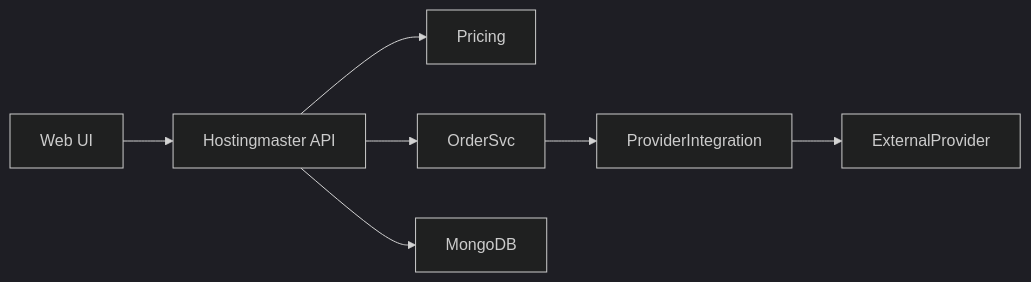
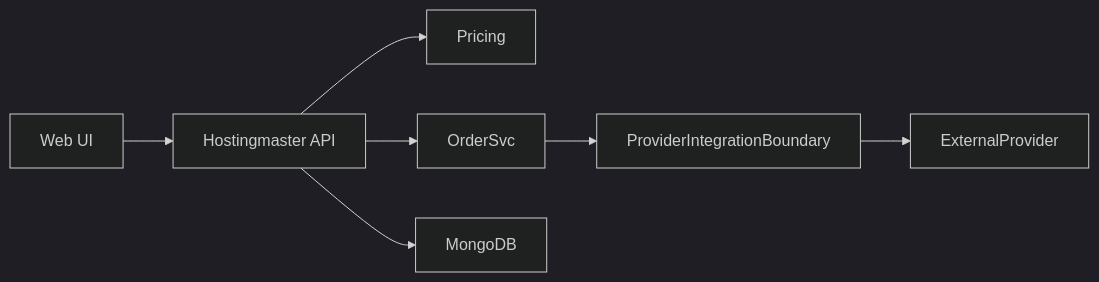
One commit to tofi2k/doc changed the second of 6 diagrams in architecture/arc42.md. Above: the diagram before and after it, drawn with Mermaid (dark theme). The commit also changed other lines of this file and 1 other file, not shown here.

````diff
--- a/architecture/arc42.md
+++ b/architecture/arc42.md
@@ -79,9 +85,9 @@
 ```mermaid
 flowchart LR
     UI[Web UI] --> API[Hostingmaster API]
     API --> Pricing
     API --> OrderSvc
-    OrderSvc --> ProviderIntegration
-    ProviderIntegration --> ExternalProvider
+    OrderSvc --> ProviderIntegrationBoundary
+    ProviderIntegrationBoundary --> ExternalProvider
     API --> MongoDB
 ```
````
